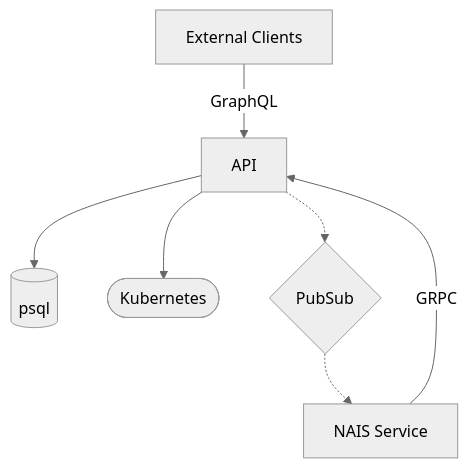
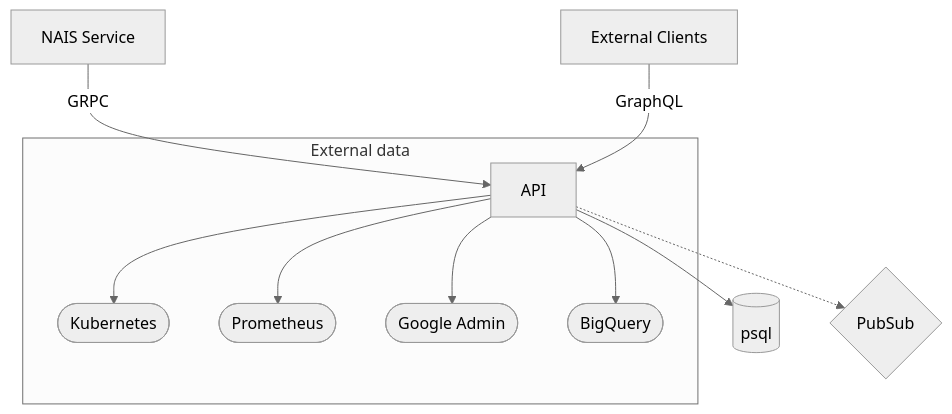
One commit to nais/api changed the diagram in README.md. Above: the diagram before and after it, drawn with Mermaid (neutral theme). The commit also changed other lines of this file, not shown here.

Commit message:
Extend mermaid graph [skip ci]

````diff
--- a/README.md
+++ b/README.md
@@ -32,11 +32,15 @@
 ```mermaid
 
 graph TD
   API --> Postgres[(psql)]
   Service[NAIS Service] --> |GRPC|API
   Clients[External Clients] --> |GraphQL|API
-  API --> K8s([Kubernetes])
+  API -.-> PubSub{PubSub}
 
-  API -.-> PubSub{PubSub}
-  PubSub -.-> Service
+  subgraph ext [External data]
+    API --> K8s([Kubernetes])
+    API --> Prom([Prometheus])
+    API --> GA([Google Admin])
+    API --> BQ([BigQuery])
+  end
 ```
````
